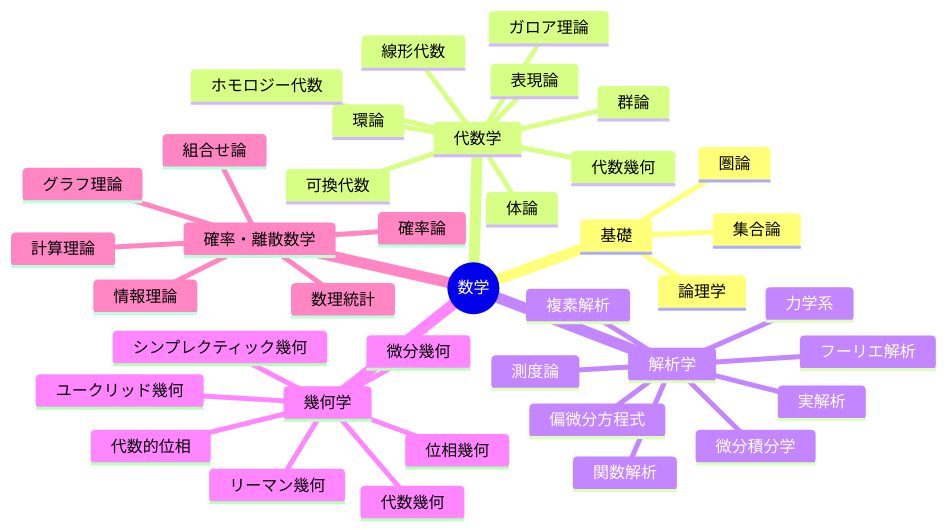
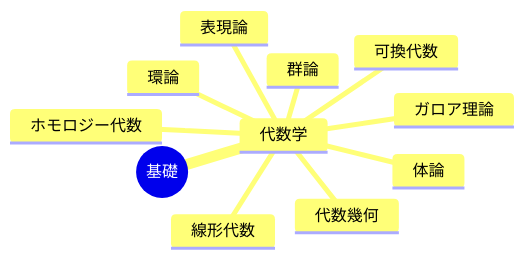
The second of 5 diagrams in src/content/docs/math/essays/0013_mathematics_overview.mdx (tomohikoseven/math_doc), drawn with Mermaid before and after one commit. The commit also changed 1 other file, not shown here.

Commit message:
docs: 現代数学の全体像の記事の図表と構成をブラッシュアップ (Mermaid化・構造修正)

````diff
--- a/src/content/docs/math/essays/0013_mathematics_overview.mdx
+++ b/src/content/docs/math/essays/0013_mathematics_overview.mdx
@@ -13,42 +22,14 @@
 ```mermaid
 mindmap
-  root((数学))
-    基礎
-      論理学
-      集合論
-      圏論
+  root((基礎))
     代数学
       線形代数
       群論
       環論
       体論
       ガロア理論
       表現論
       可換代数
       ホモロジー代数
       代数幾何
-    解析学
-      微分積分学
-      実解析
-      複素解析
-      関数解析
-      測度論
-      フーリエ解析
-      偏微分方程式
-      力学系
-    幾何学
-      ユークリッド幾何
-      微分幾何
-      位相幾何
-      代数的位相
-      リーマン幾何
-      シンプレクティック幾何
-      代数幾何
-    確率・離散数学
-      確率論
-      数理統計
-      組合せ論
-      グラフ理論
-      情報理論
-      計算理論
 ```
````
